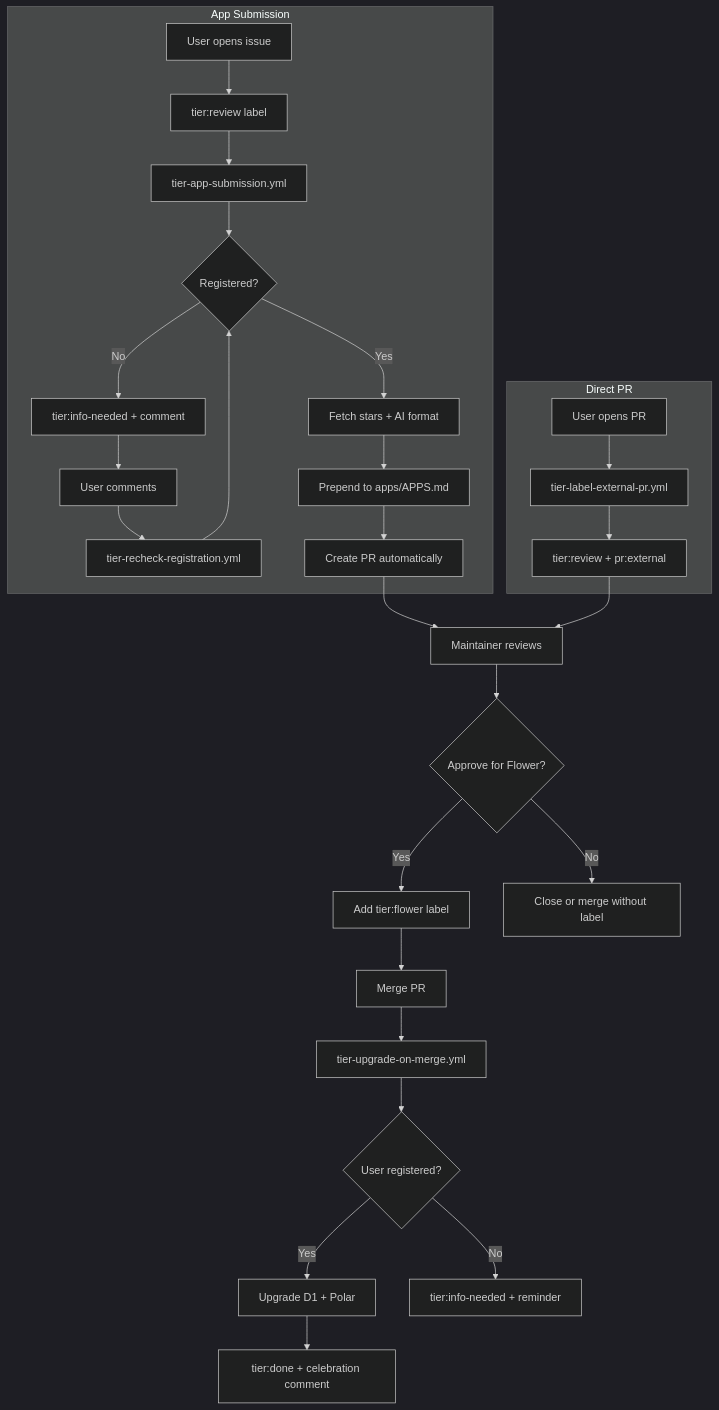
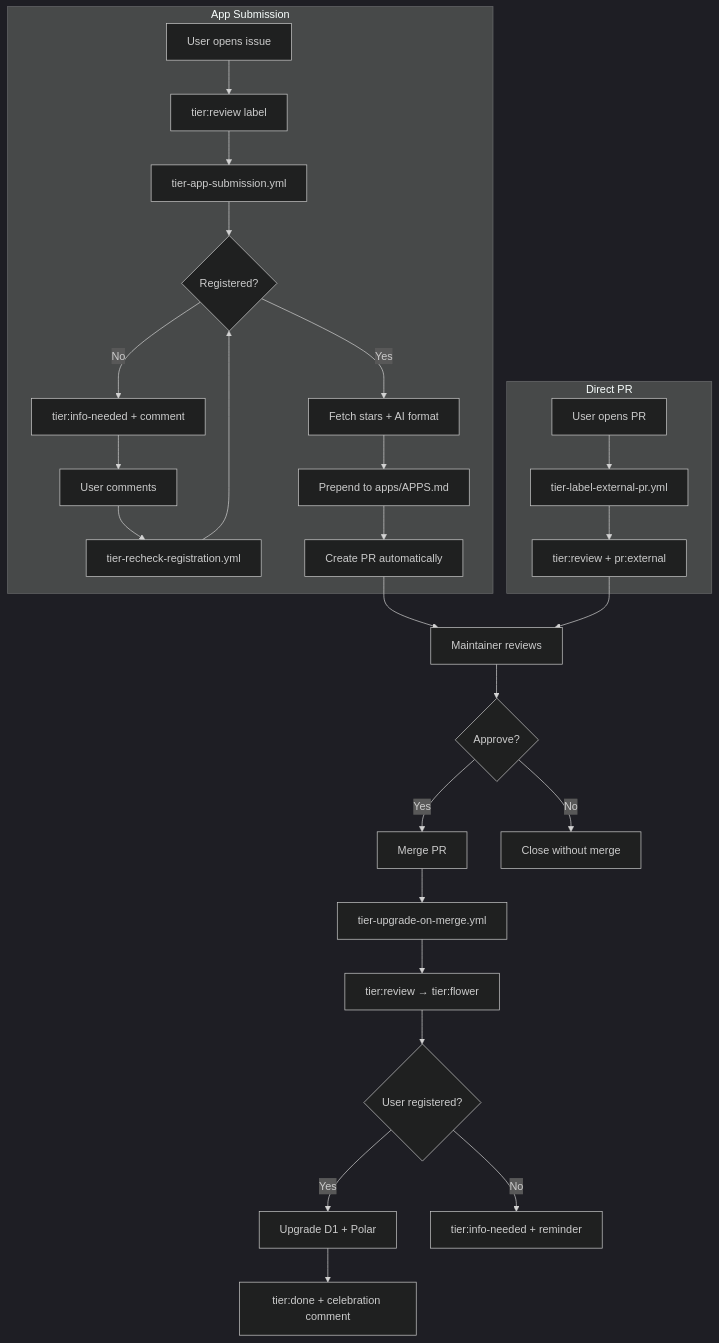
One commit to pollinations/pollinations changed the ninth of 9 diagrams in .github/workflows/README.md. Above: the diagram before and after it, drawn with Mermaid. The commit also changed other lines of this file, not shown here.

Commit message:
docs: update README to reflect new tier upgrade flow

````diff
--- a/.github/workflows/README.md
+++ b/.github/workflows/README.md
@@ -269,35 +269,35 @@
 ```mermaid
 %%{init: {'theme': 'dark'}}%%
 flowchart TD
     subgraph APP["App Submission"]
         A1[User opens issue] --> A2[tier:review label]
         A2 --> A3[tier-app-submission.yml]
         A3 --> A4{Registered?}
         A4 -->|No| A5[tier:info-needed + comment]
         A5 --> A6[User comments]
         A6 --> A7[tier-recheck-registration.yml]
         A7 --> A4
         A4 -->|Yes| A8[Fetch stars + AI format]
         A8 --> A9[Prepend to apps/APPS.md]
         A9 --> A10[Create PR automatically]
     end
 
     subgraph PR["Direct PR"]
         B1[User opens PR] --> B2[tier-label-external-pr.yml]
         B2 --> B3[tier:review + pr:external]
     end
 
     A10 --> C[Maintainer reviews]
     B3 --> C
 
-    C --> D{Approve for Flower?}
-    D -->|Yes| E[Add tier:flower label]
-    D -->|No| F[Close or merge without label]
+    C --> D{Approve?}
+    D -->|Yes| E[Merge PR]
+    D -->|No| F[Close without merge]
 
-    E --> G[Merge PR]
-    G --> H[tier-upgrade-on-merge.yml]
-    H --> I{User registered?}
+    E --> G[tier-upgrade-on-merge.yml]
+    G --> G1[tier:review → tier:flower]
+    G1 --> I{User registered?}
     I -->|Yes| J[Upgrade D1 + Polar]
     J --> K[tier:done + celebration comment]
     I -->|No| L[tier:info-needed + reminder]
 ```
````
